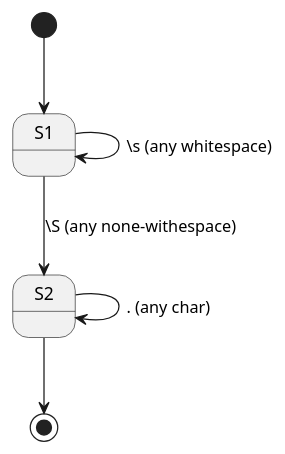
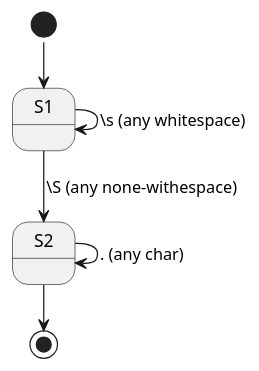
Before and after one commit to Huluvu424242/FluentBuilder.example: the diagram in src/docs/asciidoc/plantuml/RegexValid.plantuml, drawn with PlantUML. The commit also changed 1 other file, not shown here.

Commit message:
pragma smetana set for missing dot

```diff
--- a/src/docs/asciidoc/plantuml/RegexValid.plantuml
+++ b/src/docs/asciidoc/plantuml/RegexValid.plantuml
@@ -1,7 +1,8 @@
 @startuml
+!pragma layout smetana
 [*] --> S1
 S1 -> S1 : \s (any whitespace)
 S1 --> S2 : \S (any none-withespace)
 S2 -> S2 : . (any char)
 S2 --> [*]
 @enduml
```
